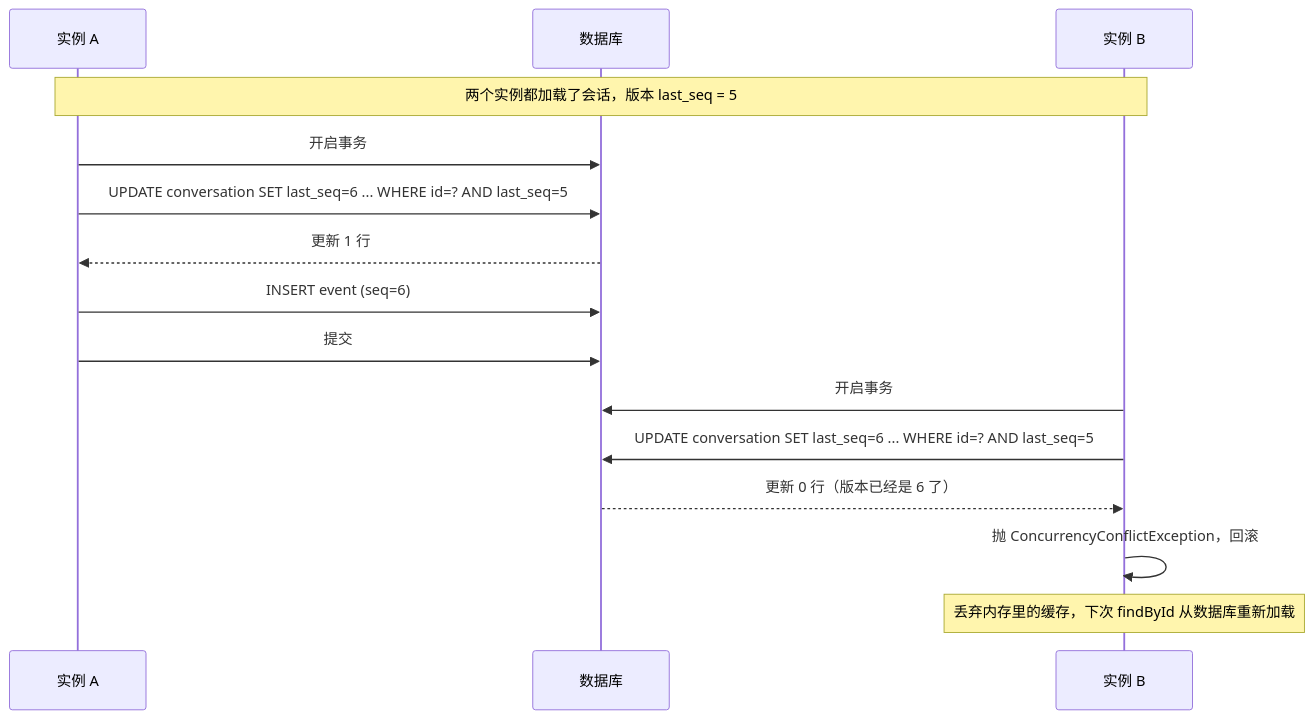
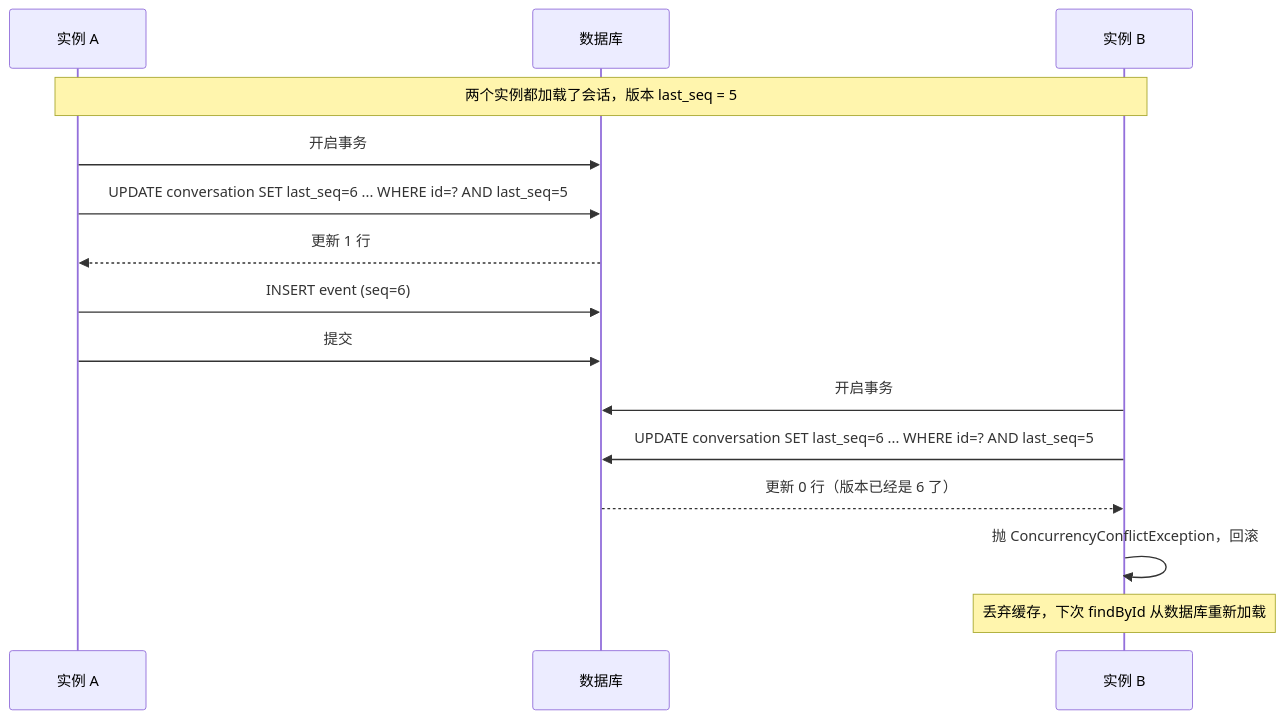
The fourth of 5 diagrams in docs/06-persistence.md (stackJx/agent-java), drawn with Mermaid before and after one commit. The commit also changed other lines of this file and 116 other files, not shown here.

````diff
--- a/docs/06-persistence.md
+++ b/docs/06-persistence.md
@@ -138,18 +145,18 @@
 ```mermaid
 sequenceDiagram
     participant A as 实例 A
     participant DB as 数据库
     participant B as 实例 B
 
     Note over A,B: 两个实例都加载了会话，版本 last_seq = 5
     A->>DB: 开启事务
     A->>DB: UPDATE conversation SET last_seq=6 ... WHERE id=? AND last_seq=5
     DB-->>A: 更新 1 行
     A->>DB: INSERT event (seq=6)
     A->>DB: 提交
     B->>DB: 开启事务
     B->>DB: UPDATE conversation SET last_seq=6 ... WHERE id=? AND last_seq=5
     DB-->>B: 更新 0 行（版本已经是 6 了）
     B->>B: 抛 ConcurrencyConflictException，回滚
-    Note over B: 丢弃内存里的缓存，下次 findById 从数据库重新加载
+    Note over B: 丢弃缓存，下次 findById 从数据库重新加载
 ```
````
